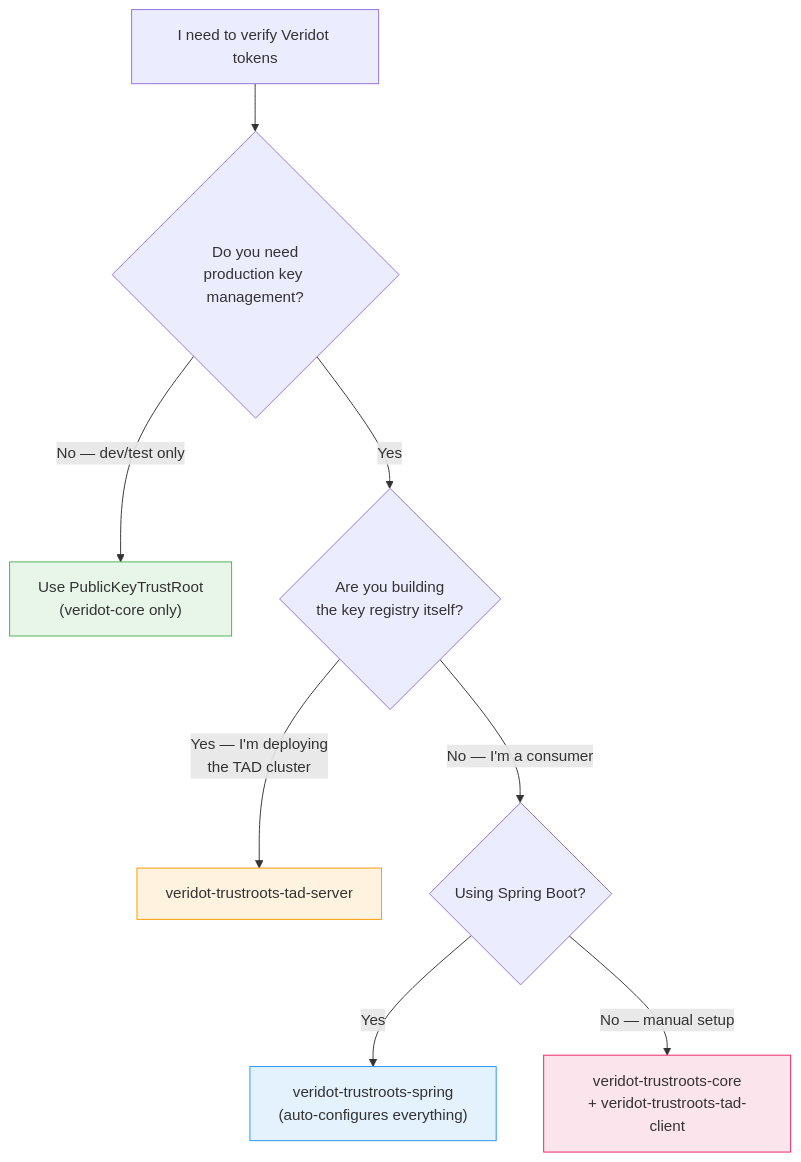
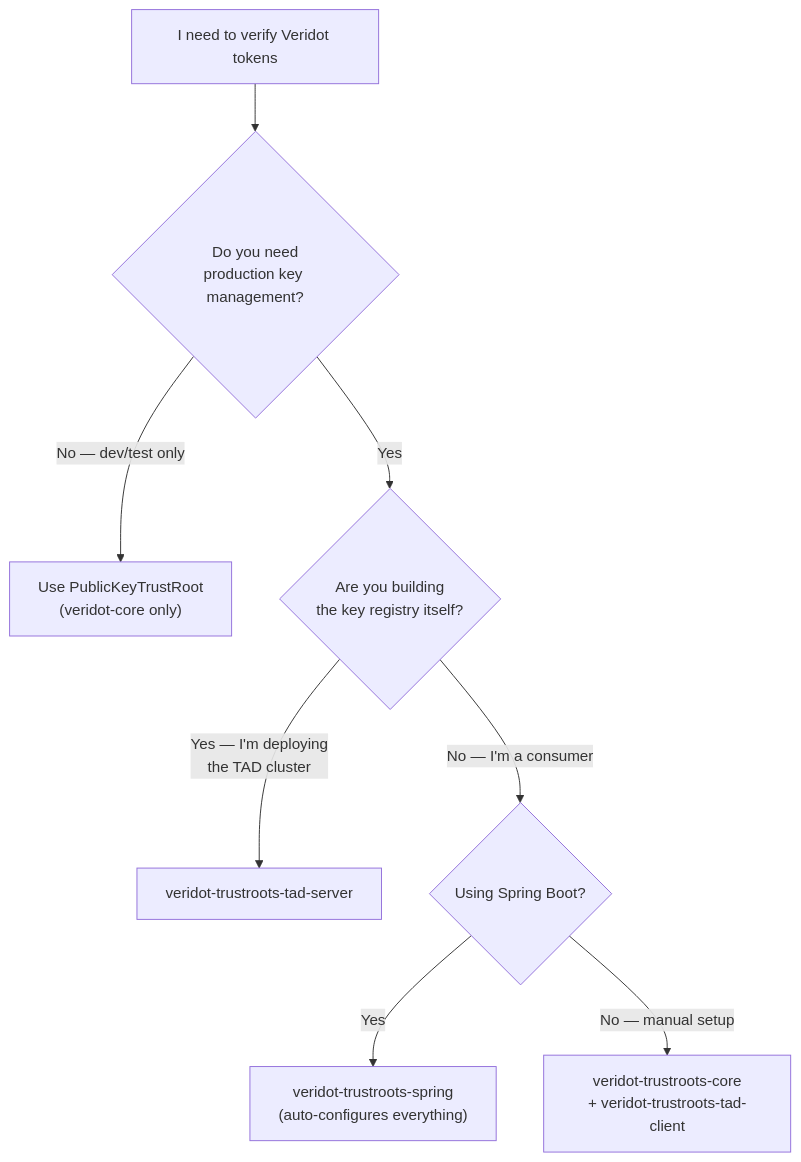
Before and after one commit to cyfko/veridot: the first of 2 diagrams in docs/docs/modules/veridot-trustroots/index.md, drawn with Mermaid. The commit also changed other lines of this file and 25 other files, not shown here.

First line of the commit message:
style: remove colorful fill styles from Mermaid diagrams

````diff
--- a/docs/docs/modules/veridot-trustroots/index.md
+++ b/docs/docs/modules/veridot-trustroots/index.md
@@ -28,15 +28,11 @@
 ```mermaid
 flowchart TD
     Start["I need to verify Veridot tokens"] --> Q1{"Do you need<br/>production key management?"}
     Q1 -->|No — dev/test only| PK["Use PublicKeyTrustRoot<br/>(veridot-core only)"]
     Q1 -->|Yes| Q2{"Are you building<br/>the key registry itself?"}
     Q2 -->|Yes — I'm deploying<br/>the TAD cluster| Server["veridot-trustroots-tad-server"]
     Q2 -->|No — I'm a consumer| Q3{"Using Spring Boot?"}
     Q3 -->|Yes| Spring["veridot-trustroots-spring<br/>(auto-configures everything)"]
     Q3 -->|No — manual setup| Manual["veridot-trustroots-core<br/>+ veridot-trustroots-tad-client"]
 
-    style PK fill:#e8f5e9,stroke:#4caf50
-    style Server fill:#fff3e0,stroke:#ff9800
-    style Spring fill:#e3f2fd,stroke:#2196f3
-    style Manual fill:#fce4ec,stroke:#e91e63
 ```
````
